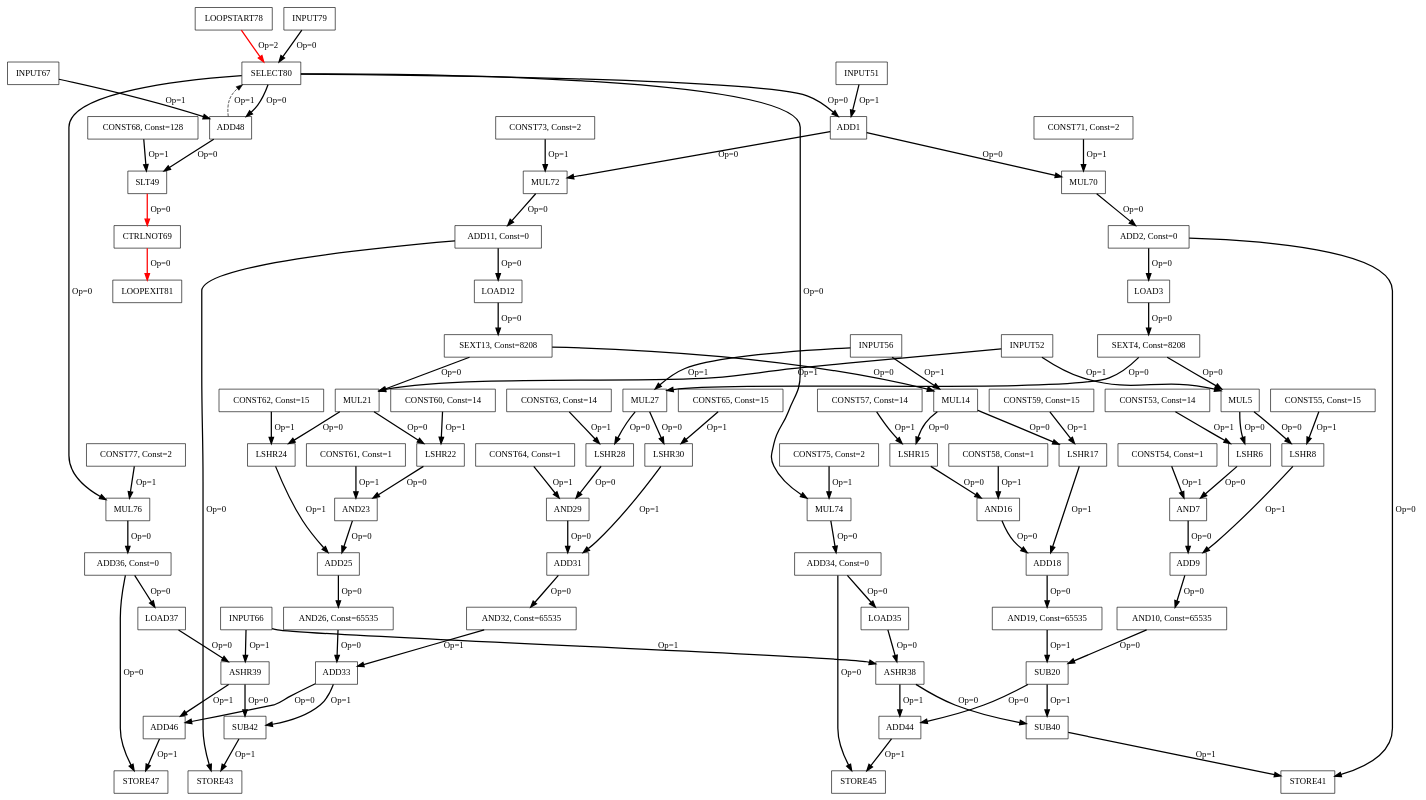
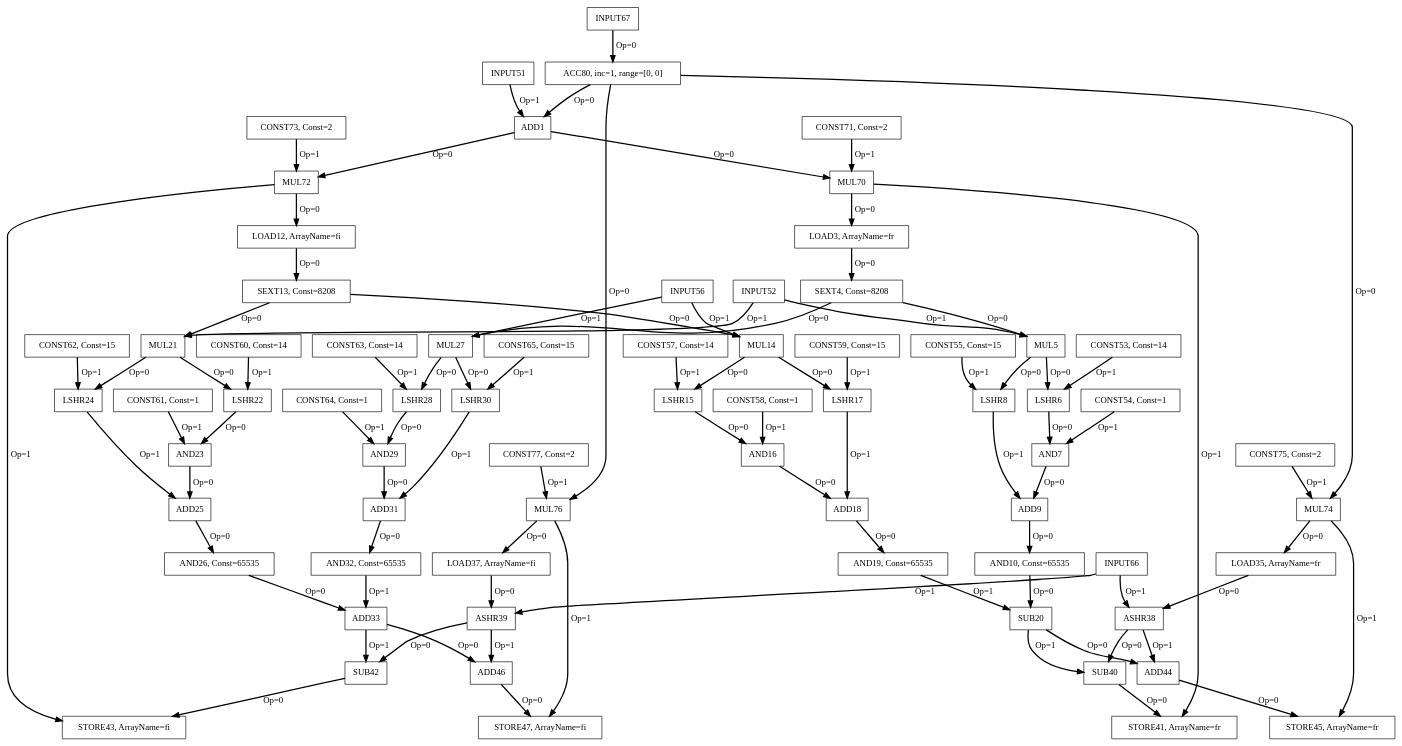
Before and after one commit to yhqiu16/FDRA: the diagram in app-compiler/applications/fft/fix_fft_INNERMOST_LN_0_0_0_after_assignFinalNodeName.dot, drawn with Graphviz. The commit also changed 63 other files, not shown here.

```diff
--- a/app-compiler/applications/fft/fix_fft_INNERMOST_LN_0_0_0_after_assignFinalNodeName.dot
+++ b/app-compiler/applications/fft/fix_fft_INNERMOST_LN_0_0_0_after_assignFinalNodeName.dot
@@ -1,179 +1,156 @@
 Digraph G {
 ADD1[label = "ADD1", shape = box, color = black];
-ADD2[label = "ADD2, Const=0", shape = box, color = black];
-LOAD3[label = "LOAD3", shape = box, color = black];
+LOAD3[label = "LOAD3, ArrayName=fr", shape = box, color = black];
 SEXT4[label = "SEXT4, Const=8208", shape = box, color = black];
 MUL5[label = "MUL5", shape = box, color = black];
 LSHR6[label = "LSHR6", shape = box, color = black];
 AND7[label = "AND7", shape = box, color = black];
 LSHR8[label = "LSHR8", shape = box, color = black];
 ADD9[label = "ADD9", shape = box, color = black];
 AND10[label = "AND10, Const=65535", shape = box, color = black];
-ADD11[label = "ADD11, Const=0", shape = box, color = black];
-LOAD12[label = "LOAD12", shape = box, color = black];
+LOAD12[label = "LOAD12, ArrayName=fi", shape = box, color = black];
 SEXT13[label = "SEXT13, Const=8208", shape = box, color = black];
 MUL14[label = "MUL14", shape = box, color = black];
 LSHR15[label = "LSHR15", shape = box, color = black];
 AND16[label = "AND16", shape = box, color = black];
 LSHR17[label = "LSHR17", shape = box, color = black];
 ADD18[label = "ADD18", shape = box, color = black];
 AND19[label = "AND19, Const=65535", shape = box, color = black];
 SUB20[label = "SUB20", shape = box, color = black];
 MUL21[label = "MUL21", shape = box, color = black];
 LSHR22[label = "LSHR22", shape = box, color = black];
 AND23[label = "AND23", shape = box, color = black];
 LSHR24[label = "LSHR24", shape = box, color = black];
 ADD25[label = "ADD25", shape = box, color = black];
 AND26[label = "AND26, Const=65535", shape = box, color = black];
 MUL27[label = "MUL27", shape = box, color = black];
 LSHR28[label = "LSHR28", shape = box, color = black];
 AND29[label = "AND29", shape = box, color = black];
 LSHR30[label = "LSHR30", shape = box, color = black];
 ADD31[label = "ADD31", shape = box, color = black];
 AND32[label = "AND32, Const=65535", shape = box, color = black];
 ADD33[label = "ADD33", shape = box, color = black];
-ADD34[label = "ADD34, Const=0", shape = box, color = black];
-LOAD35[label = "LOAD35", shape = box, color = black];
-ADD36[label = "ADD36, Const=0", shape = box, color = black];
-LOAD37[label = "LOAD37", shape = box, color = black];
+LOAD35[label = "LOAD35, ArrayName=fr", shape = box, color = black];
+LOAD37[label = "LOAD37, ArrayName=fi", shape = box, color = black];
 ASHR38[label = "ASHR38", shape = box, color = black];
 ASHR39[label = "ASHR39", shape = box, color = black];
 SUB40[label = "SUB40", shape = box, color = black];
-STORE41[label = "STORE41", shape = box, color = black];
+STORE41[label = "STORE41, ArrayName=fr", shape = box, color = black];
 SUB42[label = "SUB42", shape = box, color = black];
-STORE43[label = "STORE43", shape = box, color = black];
+STORE43[label = "STORE43, ArrayName=fi", shape = box, color = black];
 ADD44[label = "ADD44", shape = box, color = black];
-STORE45[label = "STORE45", shape = box, color = black];
+STORE45[label = "STORE45, ArrayName=fr", shape = box, color = black];
 ADD46[label = "ADD46", shape = box, color = black];
-STORE47[label = "STORE47", shape = box, color = black];
-ADD48[label = "ADD48", shape = box, color = black];
-SLT49[label = "SLT49", shape = box, color = black];
+STORE47[label = "STORE47, ArrayName=fi", shape = box, color = black];
 INPUT51[label = "INPUT51", shape = box, color = black];
 INPUT52[label = "INPUT52", shape = box, color = black];
 CONST53[label = "CONST53, Const=14", shape = box, color = black];
 CONST54[label = "CONST54, Const=1", shape = box, color = black];
 CONST55[label = "CONST55, Const=15", shape = box, color = black];
 INPUT56[label = "INPUT56", shape = box, color = black];
 CONST57[label = "CONST57, Const=14", shape = box, color = black];
 CONST58[label = "CONST58, Const=1", shape = box, color = black];
 CONST59[label = "CONST59, Const=15", shape = box, color = black];
 CONST60[label = "CONST60, Const=14", shape = box, color = black];
 CONST61[label = "CONST61, Const=1", shape = box, color = black];
 CONST62[label = "CONST62, Const=15", shape = box, color = black];
 CONST63[label = "CONST63, Const=14", shape = box, color = black];
 CONST64[label = "CONST64, Const=1", shape = box, color = black];
 CONST65[label = "CONST65, Const=15", shape = box, color = black];
 INPUT66[label = "INPUT66", shape = box, color = black];
 INPUT67[label = "INPUT67", shape = box, color = black];
-CONST68[label = "CONST68, Const=128", shape = box, color = black];
-CTRLNOT69[label = "CTRLNOT69", shape = box, color = black];
 MUL70[label = "MUL70", shape = box, color = black];
 CONST71[label = "CONST71, Const=2", shape = box, color = black];
 MUL72[label = "MUL72", shape = box, color = black];
 CONST73[label = "CONST73, Const=2", shape = box, color = black];
 MUL74[label = "MUL74", shape = box, color = black];
 CONST75[label = "CONST75, Const=2", shape = box, color = black];
 MUL76[label = "MUL76", shape = box, color = black];
 CONST77[label = "CONST77, Const=2", shape = box, color = black];
-LOOPSTART78[label = "LOOPSTART78", shape = box, color = black];
-INPUT79[label = "INPUT79", shape = box, color = black];
-SELECT80[label = "SELECT80", shape = box, color = black];
-LOOPEXIT81[label = "LOOPEXIT81", shape = box, color = black];
+ACC80[label = "ACC80, inc=1, range=[0, 0]", shape = box, color = black];
 INPUT51 -> ADD1[color = black, style = bold, label = "Op=1"];
-ADD2 -> STORE41[color = black, style = bold, label = "Op=0"];
-ADD2 -> LOAD3[color = black, style = bold, label = "Op=0"];
 LOAD3 -> SEXT4[color = black, style = bold, label = "Op=0"];
 SEXT4 -> MUL27[color = black, style = bold, label = "Op=0"];
 SEXT4 -> MUL5[color = black, style = bold, label = "Op=0"];
 INPUT52 -> MUL5[color = black, style = bold, label = "Op=1"];
 MUL5 -> LSHR8[color = black, style = bold, label = "Op=0"];
 MUL5 -> LSHR6[color = black, style = bold, label = "Op=0"];
 CONST53 -> LSHR6[color = black, style = bold, label = "Op=1"];
 LSHR6 -> AND7[color = black, style = bold, label = "Op=0"];
 CONST54 -> AND7[color = black, style = bold, label = "Op=1"];
 AND7 -> ADD9[color = black, style = bold, label = "Op=0"];
 CONST55 -> LSHR8[color = black, style = bold, label = "Op=1"];
 LSHR8 -> ADD9[color = black, style = bold, label = "Op=1"];
 ADD9 -> AND10[color = black, style = bold, label = "Op=0"];
 AND10 -> SUB20[color = black, style = bold, label = "Op=0"];
-ADD11 -> STORE43[color = black, style = bold, label = "Op=0"];
-ADD11 -> LOAD12[color = black, style = bold, label = "Op=0"];
 LOAD12 -> SEXT13[color = black, style = bold, label = "Op=0"];
 SEXT13 -> MUL21[color = black, style = bold, label = "Op=0"];
 SEXT13 -> MUL14[color = black, style = bold, label = "Op=0"];
 INPUT56 -> MUL14[color = black, style = bold, label = "Op=1"];
 MUL14 -> LSHR17[color = black, style = bold, label = "Op=0"];
 MUL14 -> LSHR15[color = black, style = bold, label = "Op=0"];
 CONST57 -> LSHR15[color = black, style = bold, label = "Op=1"];
 LSHR15 -> AND16[color = black, style = bold, label = "Op=0"];
 CONST58 -> AND16[color = black, style = bold, label = "Op=1"];
 AND16 -> ADD18[color = black, style = bold, label = "Op=0"];
 CONST59 -> LSHR17[color = black, style = bold, label = "Op=1"];
 LSHR17 -> ADD18[color = black, style = bold, label = "Op=1"];
 ADD18 -> AND19[color = black, style = bold, label = "Op=0"];
 AND19 -> SUB20[color = black, style = bold, label = "Op=1"];
 SUB20 -> ADD44[color = black, style = bold, label = "Op=0"];
 SUB20 -> SUB40[color = black, style = bold, label = "Op=1"];
 INPUT52 -> MUL21[color = black, style = bold, label = "Op=1"];
 MUL21 -> LSHR24[color = black, style = bold, label = "Op=0"];
 MUL21 -> LSHR22[color = black, style = bold, label = "Op=0"];
 CONST60 -> LSHR22[color = black, style = bold, label = "Op=1"];
 LSHR22 -> AND23[color = black, style = bold, label = "Op=0"];
 CONST61 -> AND23[color = black, style = bold, label = "Op=1"];
 AND23 -> ADD25[color = black, style = bold, label = "Op=0"];
 CONST62 -> LSHR24[color = black, style = bold, label = "Op=1"];
 LSHR24 -> ADD25[color = black, style = bold, label = "Op=1"];
 ADD25 -> AND26[color = black, style = bold, label = "Op=0"];
 AND26 -> ADD33[color = black, style = bold, label = "Op=0"];
 INPUT56 -> MUL27[color = black, style = bold, label = "Op=1"];
 MUL27 -> LSHR30[color = black, style = bold, label = "Op=0"];
 MUL27 -> LSHR28[color = black, style = bold, label = "Op=0"];
 CONST63 -> LSHR28[color = black, style = bold, label = "Op=1"];
 LSHR28 -> AND29[color = black, style = bold, label = "Op=0"];
 CONST64 -> AND29[color = black, style = bold, label = "Op=1"];
 AND29 -> ADD31[color = black, style = bold, label = "Op=0"];
 CONST65 -> LSHR30[color = black, style = bold, label = "Op=1"];
 LSHR30 -> ADD31[color = black, style = bold, label = "Op=1"];
 ADD31 -> AND32[color = black, style = bold, label = "Op=0"];
 AND32 -> ADD33[color = black, style = bold, label = "Op=1"];
 ADD33 -> ADD46[color = black, style = bold, label = "Op=0"];
 ADD33 -> SUB42[color = black, style = bold, label = "Op=1"];
-ADD34 -> STORE45[color = black, style = bold, label = "Op=0"];
-ADD34 -> LOAD35[color = black, style = bold, label = "Op=0"];
 LOAD35 -> ASHR38[color = black, style = bold, label = "Op=0"];
-ADD36 -> STORE47[color = black, style = bold, label = "Op=0"];
-ADD36 -> LOAD37[color = black, style = bold, label = "Op=0"];
 LOAD37 -> ASHR39[color = black, style = bold, label = "Op=0"];
 INPUT66 -> ASHR38[color = black, style = bold, label = "Op=1"];
 ASHR38 -> ADD44[color = black, style = bold, label = "Op=1"];
 ASHR38 -> SUB40[color = black, style = bold, label = "Op=0"];
 INPUT66 -> ASHR39[color = black, style = bold, label = "Op=1"];
 ASHR39 -> ADD46[color = black, style = bold, label = "Op=1"];
 ASHR39 -> SUB42[color = black, style = bold, label = "Op=0"];
-SUB40 -> STORE41[color = black, style = bold, label = "Op=1"];
-SUB42 -> STORE43[color = black, style = bold, label = "Op=1"];
-ADD44 -> STORE45[color = black, style = bold, label = "Op=1"];
-ADD46 -> STORE47[color = black, style = bold, label = "Op=1"];
-INPUT67 -> ADD48[color = black, style = bold, label = "Op=1"];
-ADD48 -> SLT49[color = black, style = bold, label = "Op=0"];
-CONST68 -> SLT49[color = black, style = bold, label = "Op=1"];
-SLT49 -> CTRLNOT69[color = red, style = bold, label = "Op=0"];
+SUB40 -> STORE41[color = black, style = bold, label = "Op=0"];
+SUB42 -> STORE43[color = black, style = bold, label = "Op=0"];
+ADD44 -> STORE45[color = black, style = bold, label = "Op=0"];
+ADD46 -> STORE47[color = black, style = bold, label = "Op=0"];
 ADD1 -> MUL70[color = black, style = bold, label = "Op=0"];
 CONST71 -> MUL70[color = black, style = bold, label = "Op=1"];
-MUL70 -> ADD2[color = black, style = bold, label = "Op=0"];
 ADD1 -> MUL72[color = black, style = bold, label = "Op=0"];
 CONST73 -> MUL72[color = black, style = bold, label = "Op=1"];
-MUL72 -> ADD11[color = black, style = bold, label = "Op=0"];
 CONST75 -> MUL74[color = black, style = bold, label = "Op=1"];
-MUL74 -> ADD34[color = black, style = bold, label = "Op=0"];
 CONST77 -> MUL76[color = black, style = bold, label = "Op=1"];
-MUL76 -> ADD36[color = black, style = bold, label = "Op=0"];
-INPUT79 -> SELECT80[color = black, style = bold, label = "Op=0"];
-ADD48 -> SELECT80[color = black, style = dashed, label = "Op=1"];
-LOOPSTART78 -> SELECT80[color = red, style = bold, label = "Op=2"];
-SELECT80 -> ADD48[color = black, style = bold, label = "Op=0"];
-SELECT80 -> ADD1[color = black, style = bold, label = "Op=0"];
-SELECT80 -> MUL74[color = black, style = bold, label = "Op=0"];
-SELECT80 -> MUL76[color = black, style = bold, label = "Op=0"];
-CTRLNOT69 -> LOOPEXIT81[color = red, style = bold, label = "Op=0"];
+ACC80 -> ADD1[color = black, style = bold, label = "Op=0"];
+ACC80 -> MUL74[color = black, style = bold, label = "Op=0"];
+ACC80 -> MUL76[color = black, style = bold, label = "Op=0"];
+MUL70 -> LOAD3[color = black, style = bold, label = "Op=0"];
+MUL72 -> LOAD12[color = black, style = bold, label = "Op=0"];
+MUL74 -> LOAD35[color = black, style = bold, label = "Op=0"];
+MUL76 -> LOAD37[color = black, style = bold, label = "Op=0"];
+MUL70 -> STORE41[color = black, style = bold, label = "Op=1"];
+MUL72 -> STORE43[color = black, style = bold, label = "Op=1"];
+MUL74 -> STORE45[color = black, style = bold, label = "Op=1"];
+MUL76 -> STORE47[color = black, style = bold, label = "Op=1"];
+INPUT67 -> ACC80[color = black, style = bold, label = "Op=0"];
 }
```
